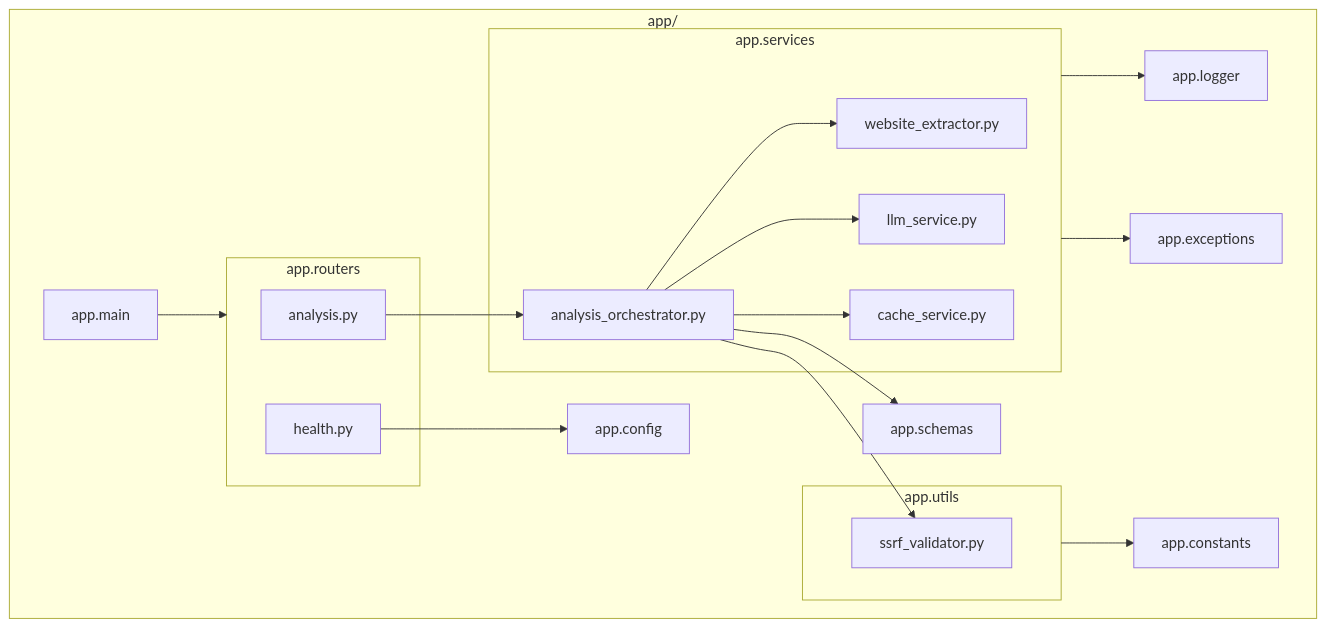
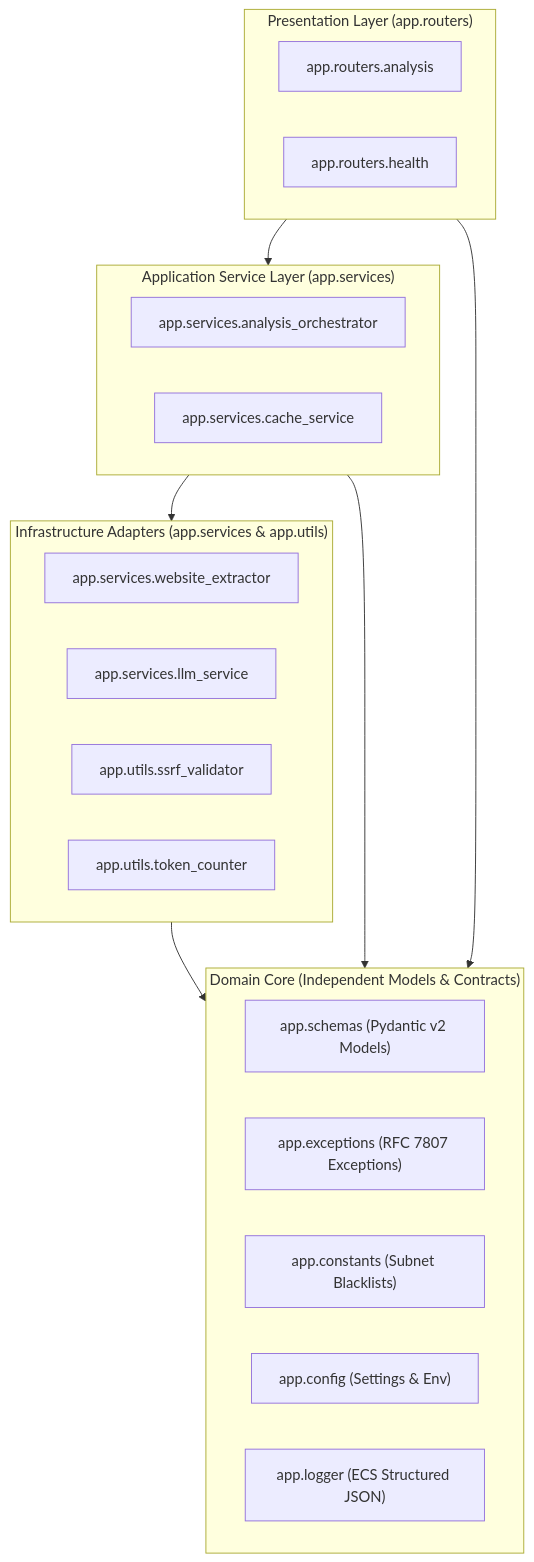
One commit to piyushmakhija28/ai-link-analysis changed the diagram in uml/10-package-diagram.md. Above: the diagram before and after it, drawn with Mermaid. The commit also changed other lines of this file and 21 other files, not shown here.

````diff
--- a/uml/10-package-diagram.md
+++ b/uml/10-package-diagram.md
@@ -3,39 +3,33 @@
 ```mermaid
 graph TD
-    subgraph AppPackage["app/"]
-        Main["app.main"]
-        Config["app.config"]
-        Constants["app.constants"]
-        Exceptions["app.exceptions"]
-        Logger["app.logger"]
-        Schemas["app.schemas"]
-
-        subgraph Routers["app.routers"]
-            AnalysisRouter["analysis.py"]
-            HealthRouter["health.py"]
-        end
-
-        subgraph Services["app.services"]
-            Extractor["website_extractor.py"]
-            LLMService["llm_service.py"]
-            Orchestrator["analysis_orchestrator.py"]
-            Cache["cache_service.py"]
-        end
-
-        subgraph Utils["app.utils"]
-            SSRF["ssrf_validator.py"]
-        end
+    subgraph PresentationLayer["Presentation Layer (app.routers)"]
+        AnalysisRouter["app.routers.analysis"]
+        HealthRouter["app.routers.health"]
     end
 
-    Main --> Routers
-    AnalysisRouter --> Orchestrator
-    HealthRouter --> Config
-    Orchestrator --> Extractor
-    Orchestrator --> LLMService
-    Orchestrator --> Cache
-    Orchestrator --> SSRF
-    Orchestrator --> Schemas
-    Services --> Logger
-    Services --> Exceptions
-    Utils --> Constants
+    subgraph ApplicationLayer["Application Service Layer (app.services)"]
+        Orchestrator["app.services.analysis_orchestrator"]
+        CacheService["app.services.cache_service"]
+    end
+
+    subgraph InfrastructureLayer["Infrastructure Adapters (app.services & app.utils)"]
+        Extractor["app.services.website_extractor"]
+        LLMService["app.services.llm_service"]
+        SSRF["app.utils.ssrf_validator"]
+        Telemetry["app.utils.token_counter"]
+    end
+
+    subgraph DomainCore["Domain Core (Independent Models & Contracts)"]
+        Schemas["app.schemas (Pydantic v2 Models)"]
+        Exceptions["app.exceptions (RFC 7807 Exceptions)"]
+        Constants["app.constants (Subnet Blacklists)"]
+        Config["app.config (Settings & Env)"]
+        Logger["app.logger (ECS Structured JSON)"]
+    end
+
+    PresentationLayer --> ApplicationLayer
+    ApplicationLayer --> InfrastructureLayer
+    InfrastructureLayer --> DomainCore
+    ApplicationLayer --> DomainCore
+    PresentationLayer --> DomainCore
 ```
````
